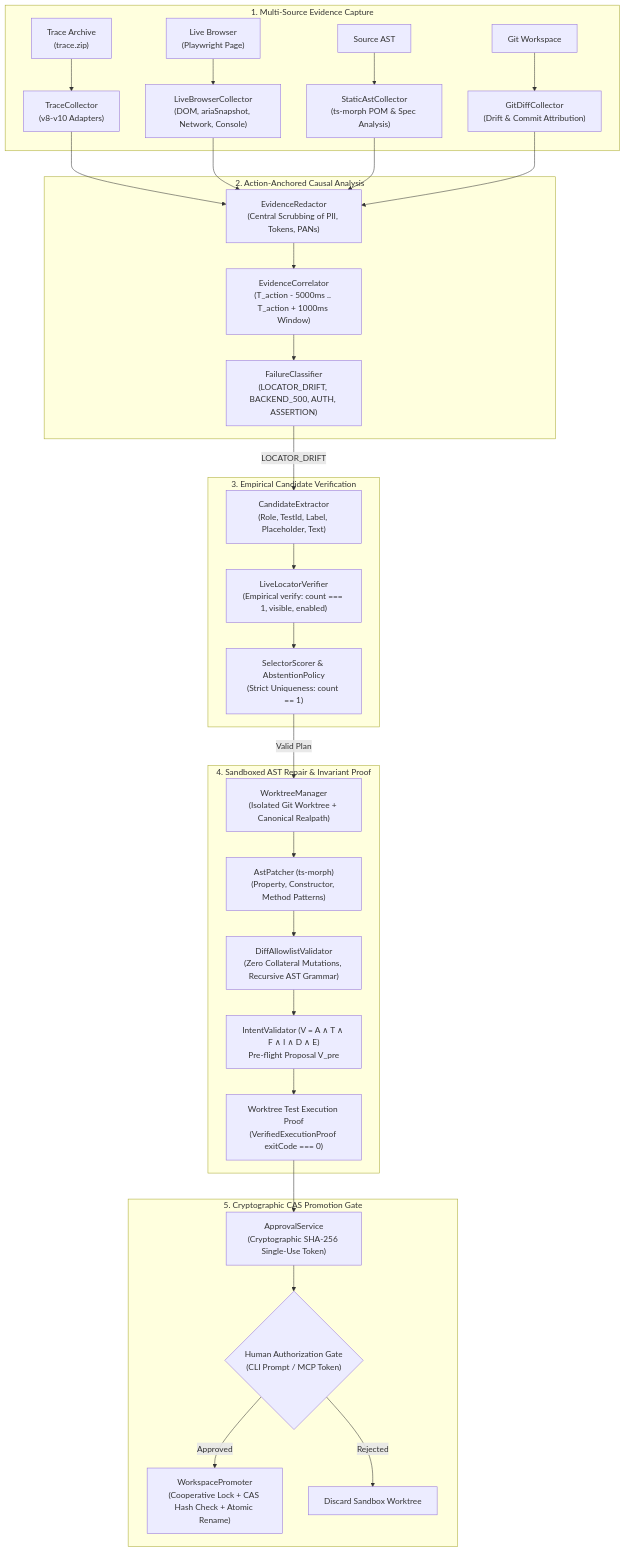
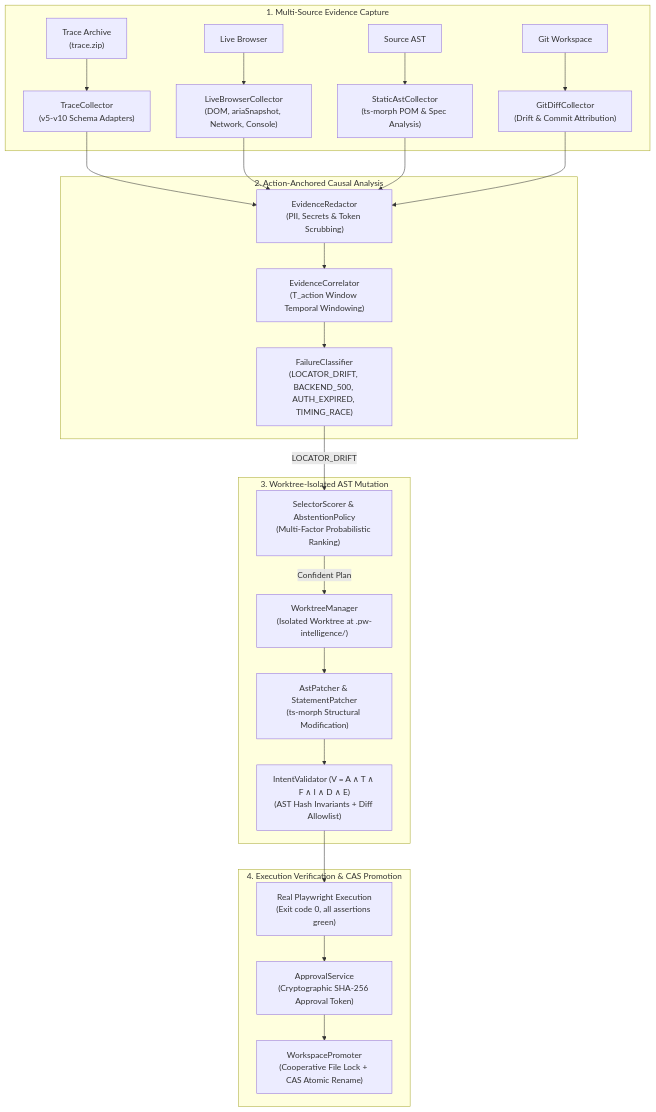
One commit to lst2121/playwright-intelligence-engine changed the diagram in README.md. Above: the diagram before and after it, drawn with Mermaid. The commit also changed other lines of this file and 16 other files, not shown here.

````diff
--- a/README.md
+++ b/README.md
@@ -37,36 +119,28 @@
 ```mermaid
 flowchart TD
     subgraph MultiSource["1. Multi-Source Evidence Capture"]
-        TraceZip["Trace Archive\n(trace.zip)"] --> TraceColl["TraceCollector\n(v8-v10 Adapters)"]
-        LiveBrowser["Live Browser\n(Playwright Page)"] --> LiveColl["LiveBrowserCollector\n(DOM, ariaSnapshot, Network, Console)"]
+        TraceZip["Trace Archive\n(trace.zip)"] --> TraceColl["TraceCollector\n(v5-v10 Schema Adapters)"]
+        LiveBrowser["Live Browser"] --> LiveColl["LiveBrowserCollector\n(DOM, ariaSnapshot, Network, Console)"]
         StaticCode["Source AST"] --> StaticColl["StaticAstCollector\n(ts-morph POM & Spec Analysis)"]
         GitTree["Git Workspace"] --> GitColl["GitDiffCollector\n(Drift & Commit Attribution)"]
     end
 
     subgraph Diagnostics["2. Action-Anchored Causal Analysis"]
-        TraceColl & LiveColl & StaticColl & GitColl --> Redactor["EvidenceRedactor\n(Central Scrubbing of PII, Tokens, PANs)"]
-        Redactor --> Correlator["EvidenceCorrelator\n(T_action - 5000ms .. T_action + 1000ms Window)"]
-        Correlator --> Classifier["FailureClassifier\n(LOCATOR_DRIFT, BACKEND_500, AUTH, ASSERTION)"]
+        TraceColl & LiveColl & StaticColl & GitColl --> Redactor["EvidenceRedactor\n(PII, Secrets & Token Scrubbing)"]
+        Redactor --> Correlator["EvidenceCorrelator\n(T_action Window Temporal Windowing)"]
+        Correlator --> Classifier["FailureClassifier\n(LOCATOR_DRIFT, BACKEND_500, AUTH_EXPIRED, TIMING_RACE)"]
     end
 
-    subgraph Intelligence["3. Empirical Candidate Verification"]
-        Classifier -->|LOCATOR_DRIFT| Extractor["CandidateExtractor\n(Role, TestId, Label, Placeholder, Text)"]
-        Extractor --> LiveVerifier["LiveLocatorVerifier\n(Empirical verify: count === 1, visible, enabled)"]
-        LiveVerifier --> Scorer["SelectorScorer & AbstentionPolicy\n(Strict Uniqueness: count == 1)"]
+    subgraph Repair["3. Worktree-Isolated AST Mutation"]
+        Classifier -->|LOCATOR_DRIFT| Scorer["SelectorScorer & AbstentionPolicy\n(Multi-Factor Probabilistic Ranking)"]
+        Scorer -->|Confident Plan| Worktree["WorktreeManager\n(Isolated Worktree at .pw-intelligence/)"]
+        Worktree --> ASTPatcher["AstPatcher & StatementPatcher\n(ts-morph Structural Modification)"]
+        ASTPatcher --> InvariantGate["IntentValidator (V = A ∧ T ∧ F ∧ I ∧ D ∧ E)\n(AST Hash Invariants + Diff Allowlist)"]
     end
 
-    subgraph Isolation["4. Sandboxed AST Repair & Invariant Proof"]
-        Scorer -->|Valid Plan| Worktree["WorktreeManager\n(Isolated Git Worktree + Canonical Realpath)"]
-        Worktree --> ASTPatcher["AstPatcher (ts-morph)\n(Property, Constructor, Method Patterns)"]
-        ASTPatcher --> DiffAllowlist["DiffAllowlistValidator\n(Zero Collateral Mutations, Recursive AST Grammar)"]
-        DiffAllowlist --> IntentV2["IntentValidator (V = A ∧ T ∧ F ∧ I ∧ D ∧ E)\nPre-flight Proposal V_pre"]
-        IntentV2 --> ExecutionVerification["Worktree Test Execution Proof\n(VerifiedExecutionProof exitCode === 0)"]
-    end
-
-    subgraph Governance["5. Cryptographic CAS Promotion Gate"]
-        ExecutionVerification --> Approval["ApprovalService\n(Cryptographic SHA-256 Single-Use Token)"]
-        Approval --> HumanGate{"Human Authorization Gate\n(CLI Prompt / MCP Token)"}
-        HumanGate -->|Approved| Promoter["WorkspacePromoter\n(Cooperative Lock + CAS Hash Check + Atomic Rename)"]
-        HumanGate -->|Rejected| Discard["Discard Sandbox Worktree"]
+    subgraph Verification["4. Execution Verification & CAS Promotion"]
+        InvariantGate --> ExecutionProof["Real Playwright Execution\n(Exit code 0, all assertions green)"]
+        ExecutionProof --> ApprovalService["ApprovalService\n(Cryptographic SHA-256 Approval Token)"]
+        ApprovalService --> Promotion["WorkspacePromoter\n(Cooperative File Lock + CAS Atomic Rename)"]
     end
 ```
````
